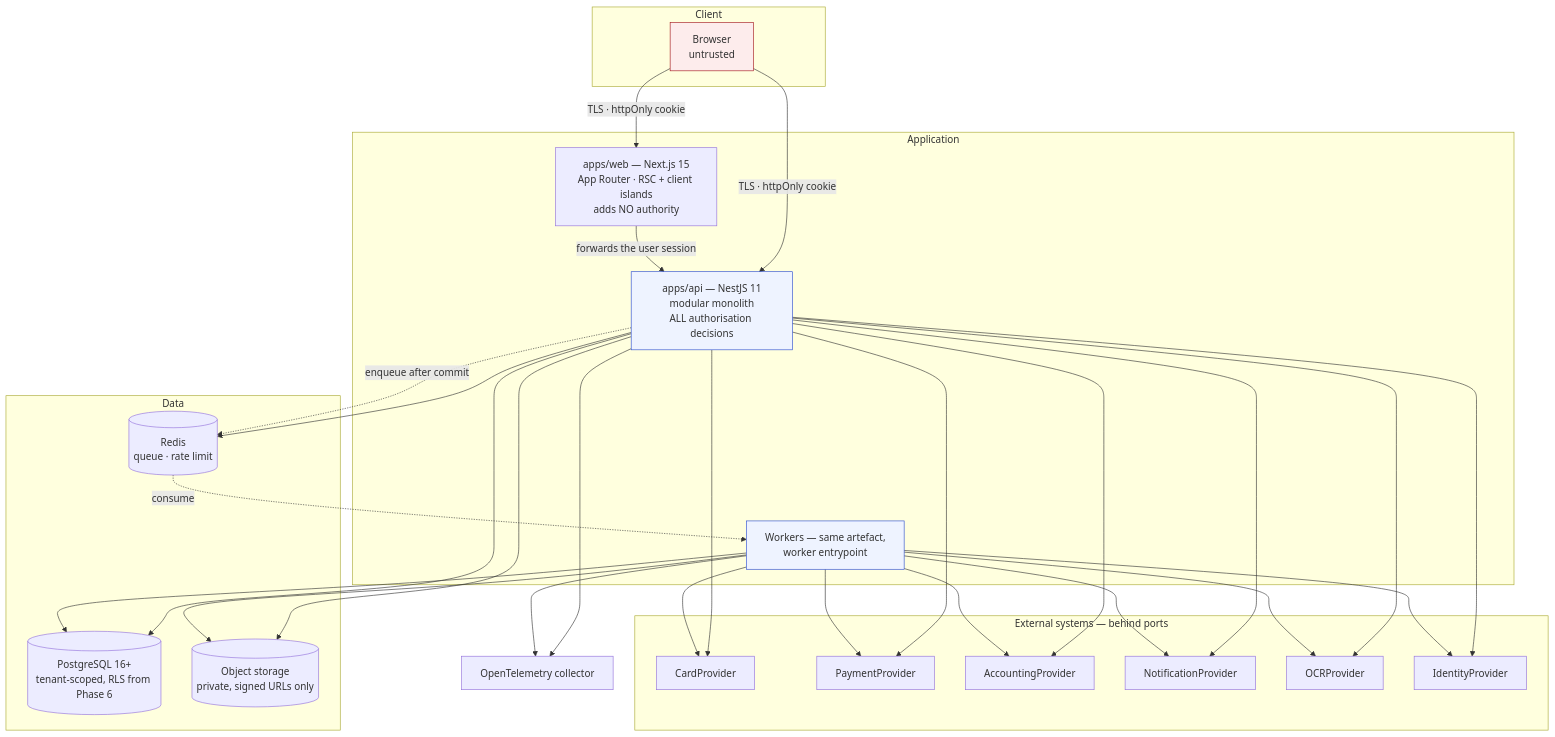
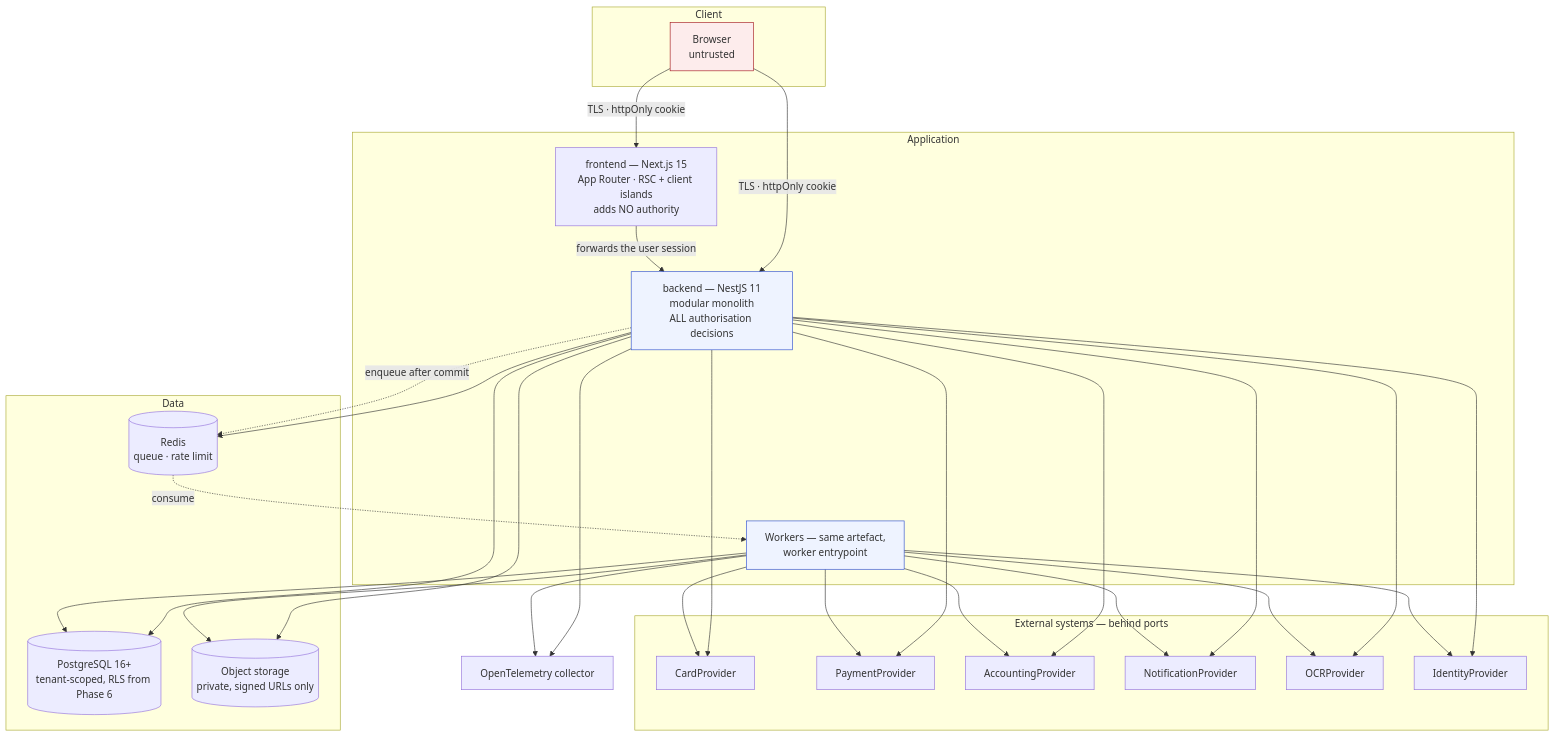
One commit to Fute-Services/financy changed the diagram in docs/diagrams/02-system-architecture.mmd. Above: the diagram before and after it, drawn with Mermaid. The commit also changed 389 other files, not shown here.

```diff
--- a/docs/diagrams/02-system-architecture.mmd
+++ b/docs/diagrams/02-system-architecture.mmd
@@ -1,49 +1,49 @@
 %% Financy — high-level system architecture
 %% Source of truth: docs/08-ARCHITECTURE.md §2
 graph TB
   subgraph Client
     BR["Browser<br/>untrusted"]
   end
 
   subgraph Application
-    WEB["apps/web — Next.js 15<br/>App Router · RSC + client islands<br/>adds NO authority"]
-    API["apps/api — NestJS 11<br/>modular monolith<br/>ALL authorisation decisions"]
+    WEB["frontend — Next.js 15<br/>App Router · RSC + client islands<br/>adds NO authority"]
+    API["backend — NestJS 11<br/>modular monolith<br/>ALL authorisation decisions"]
     WRK["Workers — same artefact,<br/>worker entrypoint"]
   end
 
   subgraph Data
     PG[("PostgreSQL 16+<br/>tenant-scoped, RLS from Phase 6")]
     RD[("Redis<br/>queue · rate limit")]
     OBJ[("Object storage<br/>private, signed URLs only")]
   end
 
   subgraph Ports["External systems — behind ports"]
     CP["CardProvider"]
     PP["PaymentProvider"]
     AP["AccountingProvider"]
     NP["NotificationProvider"]
     OP["OCRProvider"]
     IP["IdentityProvider"]
   end
 
   OTEL["OpenTelemetry collector"]
 
   BR -->|"TLS · httpOnly cookie"| WEB
   BR -->|"TLS · httpOnly cookie"| API
   WEB -->|"forwards the user session"| API
   API --> PG
   API --> RD
   API --> OBJ
   API -. "enqueue after commit" .-> RD
   RD -. "consume" .-> WRK
   WRK --> PG
   WRK --> OBJ
   API --> CP & PP & AP & NP & OP & IP
   WRK --> CP & PP & AP & NP & OP & IP
   API --> OTEL
   WRK --> OTEL
 
   classDef trust fill:#EEF3FF,stroke:#2A4CD1
   classDef untrust fill:#FDECEC,stroke:#A3161C
   class API,WRK trust
   class BR untrust
```
